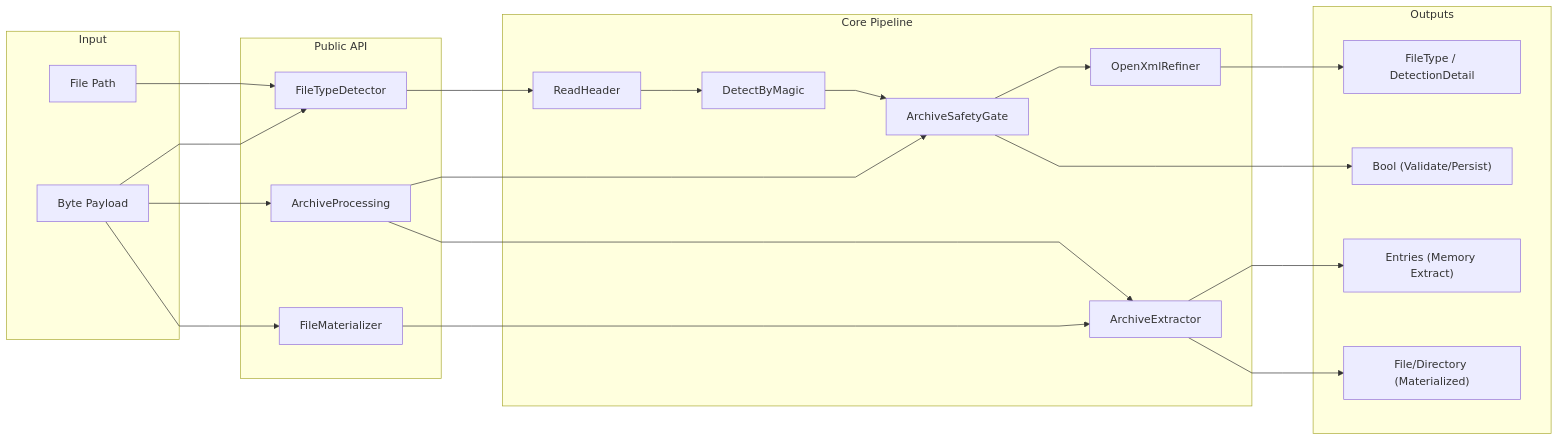
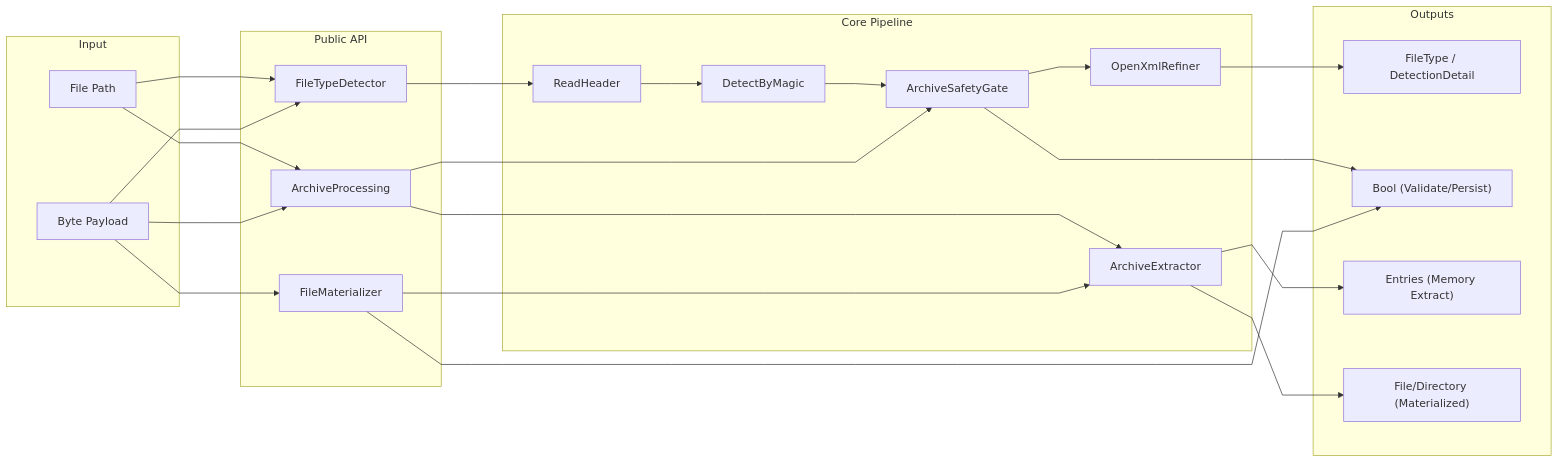
The second of 10 diagrams in docs/020_ARCH_CORE.MD (tomtastisch/FileClassifier), drawn with Mermaid before and after one commit. The commit also changed 4 other files, not shown here.

````diff
--- a/docs/020_ARCH_CORE.MD
+++ b/docs/020_ARCH_CORE.MD
@@ -50,39 +50,41 @@
 ```mermaid
 %%{init: {"flowchart": {"curve": "linear", "nodeSpacing": 80, "rankSpacing": 90}, "themeVariables": {"fontSize": "16px"}}}%%
 flowchart LR
   subgraph INPUT["Input"]
     FP["File Path"]
     BP["Byte Payload"]
   end
 
   subgraph API["Public API"]
     FTD["FileTypeDetector"]
     AP["ArchiveProcessing"]
     FM["FileMaterializer"]
   end
 
   subgraph CORE["Core Pipeline"]
     RH["ReadHeader"]
     DM["DetectByMagic"]
     ASG["ArchiveSafetyGate"]
     OXR["OpenXmlRefiner"]
     AX["ArchiveExtractor"]
   end
 
   subgraph OUT["Outputs"]
     T["FileType / DetectionDetail"]
     V["Bool (Validate/Persist)"]
     E["Entries (Memory Extract)"]
     F["File/Directory (Materialized)"]
   end
 
-  FP --> FTD
-  BP --> FTD
-  BP --> AP
-  BP --> FM
+	  FP --> FTD
+	  BP --> FTD
+	  FP --> AP
+	  BP --> AP
+	  BP --> FM
 
-  FTD --> RH --> DM --> ASG --> OXR --> T
-  AP --> ASG --> V
-  AP --> AX --> E
-  FM --> AX --> F
+	  FTD --> RH --> DM --> ASG --> OXR --> T
+	  AP --> ASG --> V
+	  AP --> AX --> E
+	  FM --> AX --> F
+	  FM --> V
 ```
````
